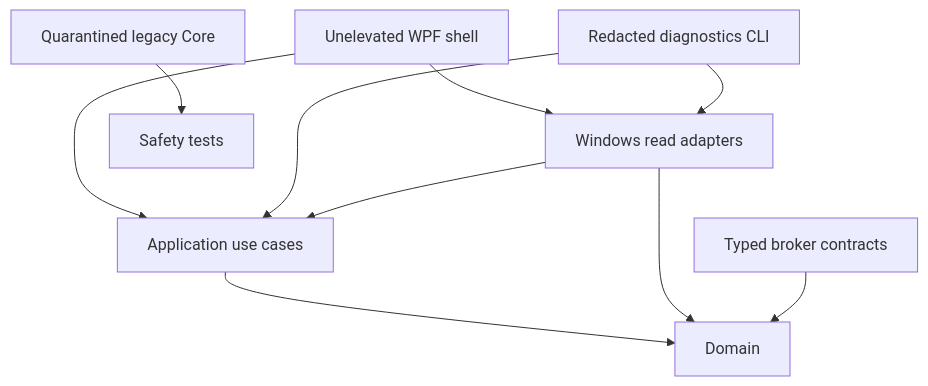
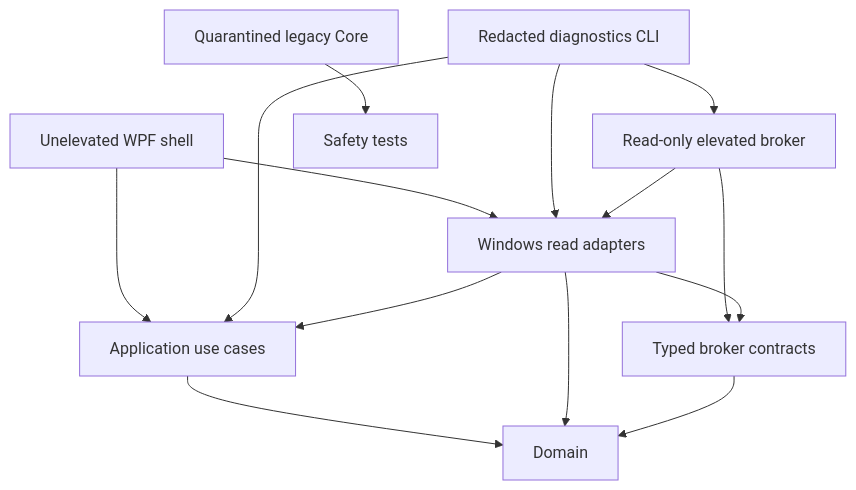
Before and after one commit to Anandb71/Legion-LOQ-control: the first of 4 diagrams in docs/ARCHITECTURE.md, drawn with Mermaid. The commit also changed other lines of this file and 36 other files, not shown here.

First line of the commit message:
feat: add read-only elevated state broker

````diff
--- a/docs/ARCHITECTURE.md
+++ b/docs/ARCHITECTURE.md
@@ -5,12 +5,16 @@
 ```mermaid
 flowchart TD
     Wpf[Unelevated WPF shell] --> Application
     Wpf --> WindowsInfrastructure
     DiagnosticsCli[Redacted diagnostics CLI] --> Application
     DiagnosticsCli --> WindowsInfrastructure
+    DiagnosticsCli --> ReadBroker[Read-only elevated broker]
+    ReadBroker --> Contracts
+    ReadBroker --> WindowsInfrastructure
     Application[Application use cases] --> Domain
     WindowsInfrastructure[Windows read adapters] --> Application
+    WindowsInfrastructure --> Contracts
     WindowsInfrastructure --> Domain
     Contracts[Typed broker contracts] --> Domain
     LegacyCore[Quarantined legacy Core] --> LegacyTests[Safety tests]
 ```
````
